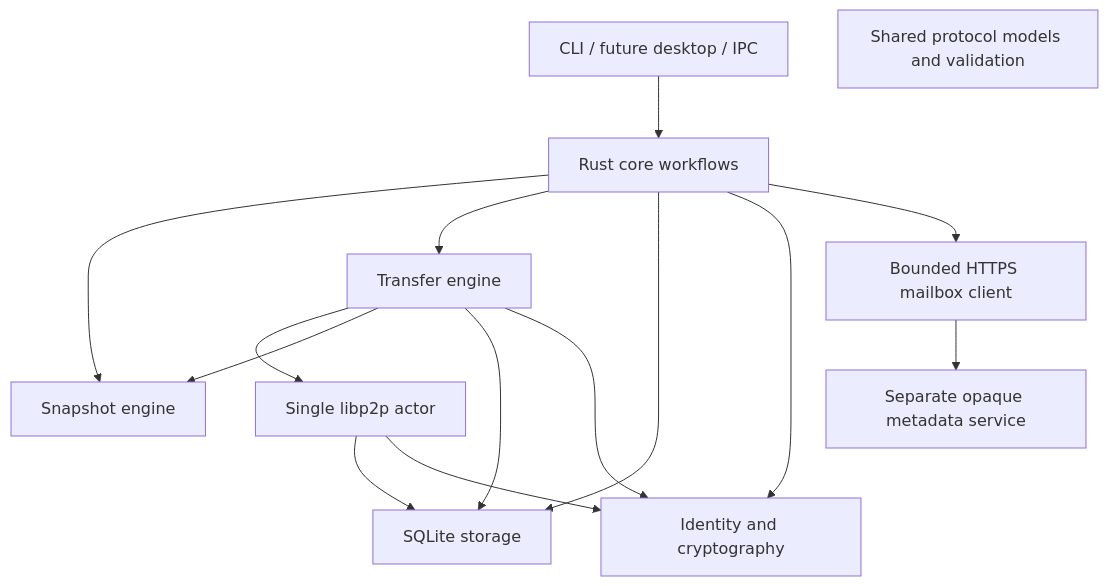
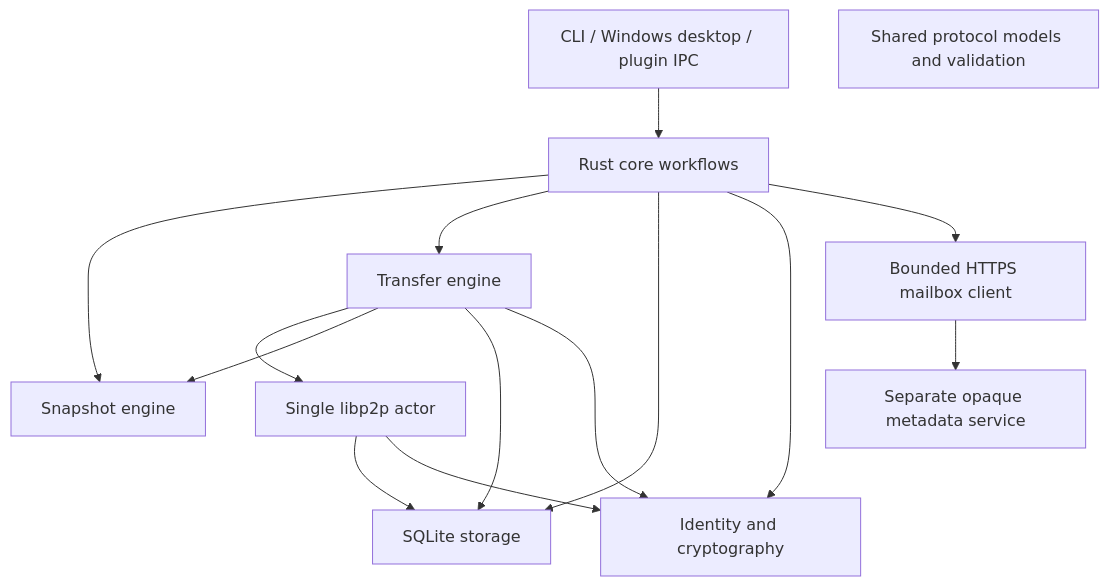
Before and after one commit to ege-ozel/track-mesh: the diagram in docs/ARCHITECTURE.md, drawn with Mermaid. The commit also changed other lines of this file and 26 other files, not shown here.

Commit message:
Implement Phase 5 Windows VST3 and private plugin IPC

````diff
--- a/docs/ARCHITECTURE.md
+++ b/docs/ARCHITECTURE.md
@@ -5,17 +5,17 @@
 ```mermaid
 flowchart TD
-    CLI[CLI / future desktop / IPC] --> Core[Rust core workflows]
+    CLI[CLI / Windows desktop / plugin IPC] --> Core[Rust core workflows]
     Core --> Snapshot[Snapshot engine]
     Core --> Transfer[Transfer engine]
     Core --> Storage[SQLite storage]
     Core --> Crypto[Identity and cryptography]
     Core --> Mailbox[Bounded HTTPS mailbox client]
     Mailbox --> Metadata[Separate opaque metadata service]
     Transfer --> Network[Single libp2p actor]
     Transfer --> Snapshot
     Transfer --> Storage
     Transfer --> Crypto
     Network --> Storage
     Network --> Crypto
     Protocol[Shared protocol models and validation]
 ```
````
